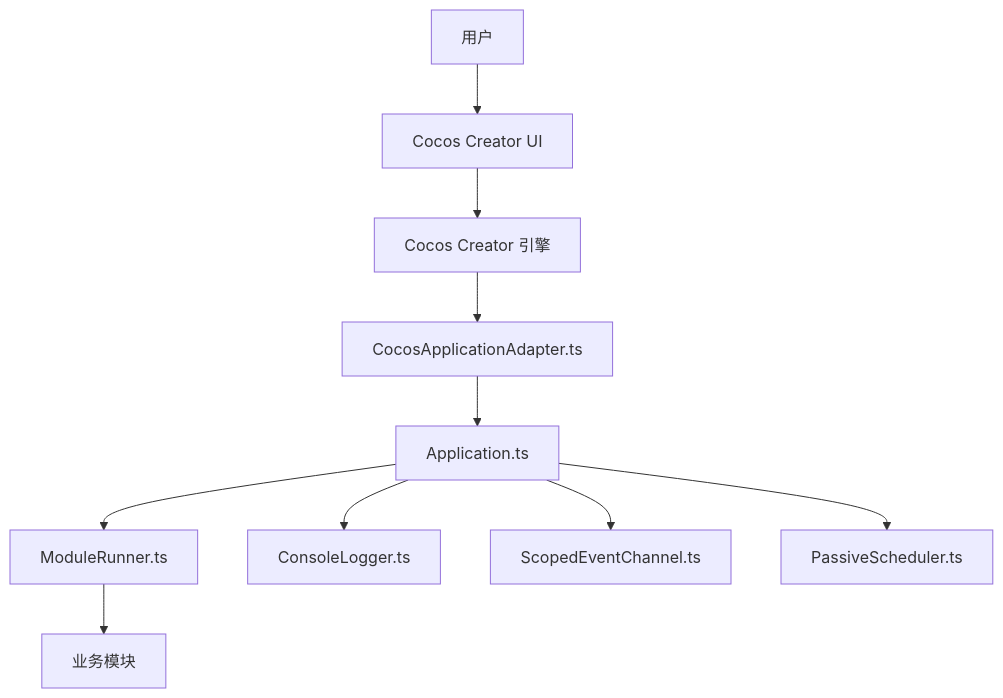
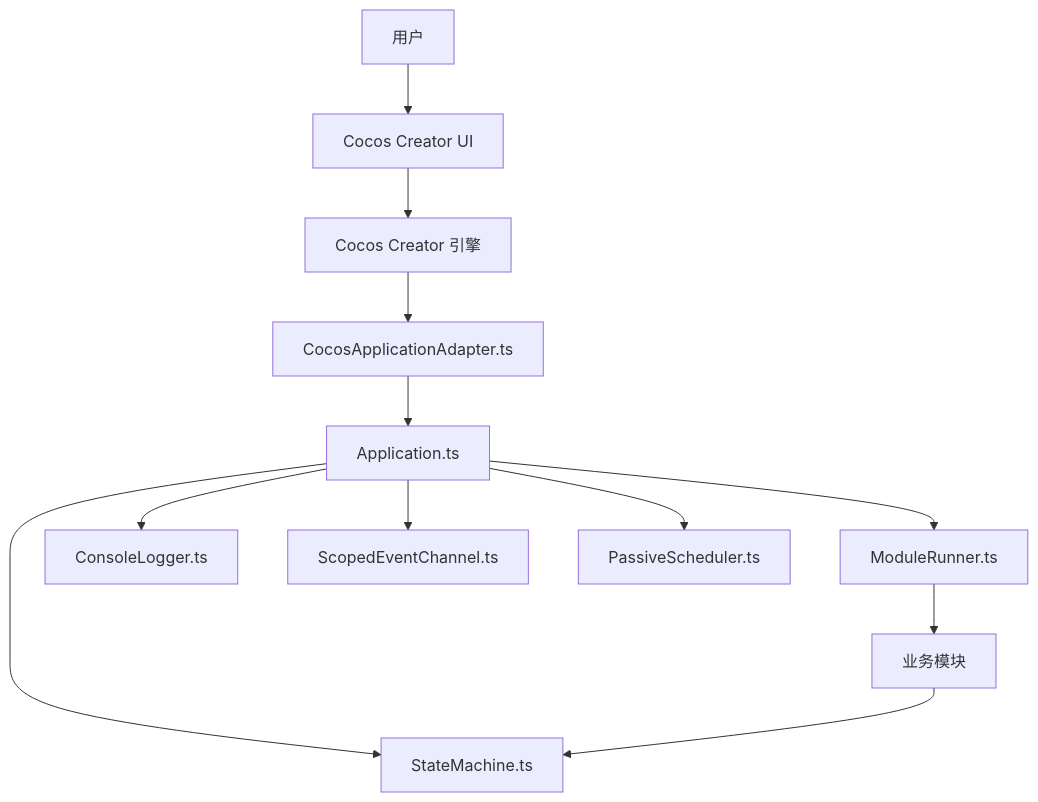
The tenth of 10 diagrams in .qoder/repowiki/zh/content/框架架构/框架架构.md (leviseek/ai-game-kit), drawn with Mermaid before and after one commit. The commit also changed other lines of this file and 3 other files, not shown here.

````diff
--- a/.qoder/repowiki/zh/content/框架架构/框架架构.md
+++ b/.qoder/repowiki/zh/content/框架架构/框架架构.md
@@ -424,12 +505,14 @@
 ```mermaid
 graph TB
 User["用户"] --> UI["Cocos Creator UI"]
 UI --> Engine["Cocos Creator 引擎"]
 Engine --> Adapter["CocosApplicationAdapter.ts"]
 Adapter --> App["Application.ts"]
 App --> Runner["ModuleRunner.ts"]
 Runner --> Modules["业务模块"]
 App --> Logger["ConsoleLogger.ts"]
 App --> Events["ScopedEventChannel.ts"]
 App --> Scheduler["PassiveScheduler.ts"]
+App --> FSM["StateMachine.ts"]
+Modules --> FSM
 ```
````
